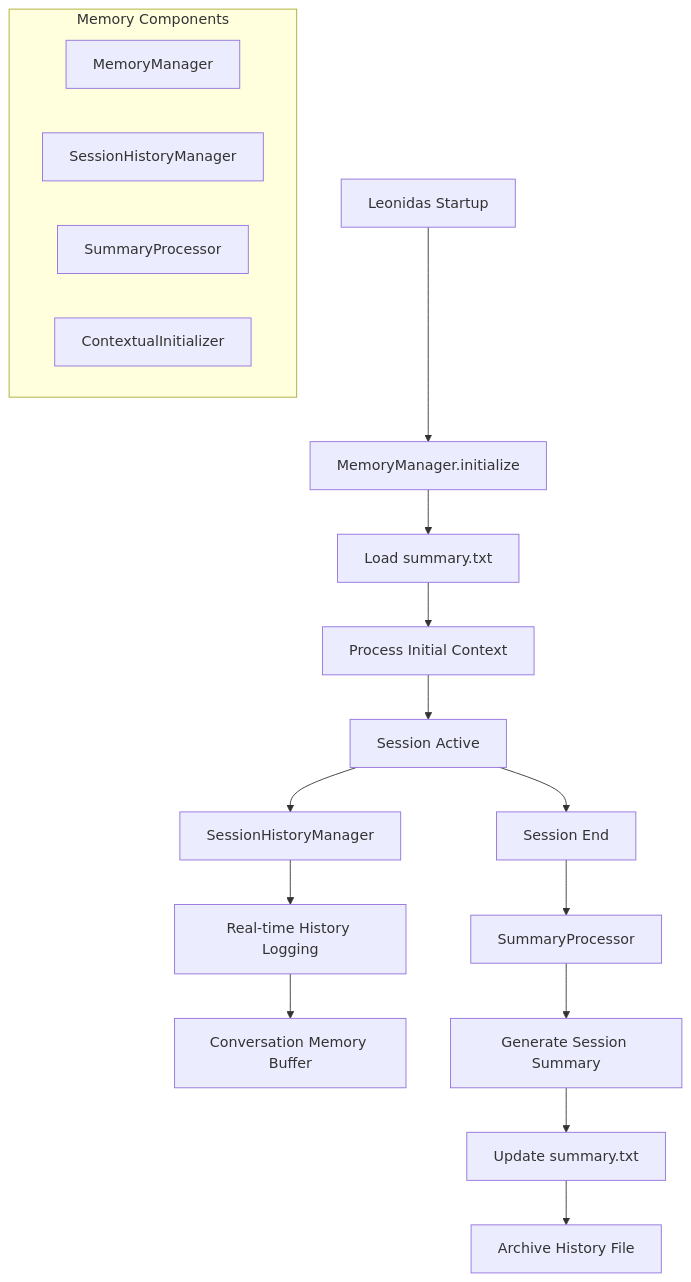
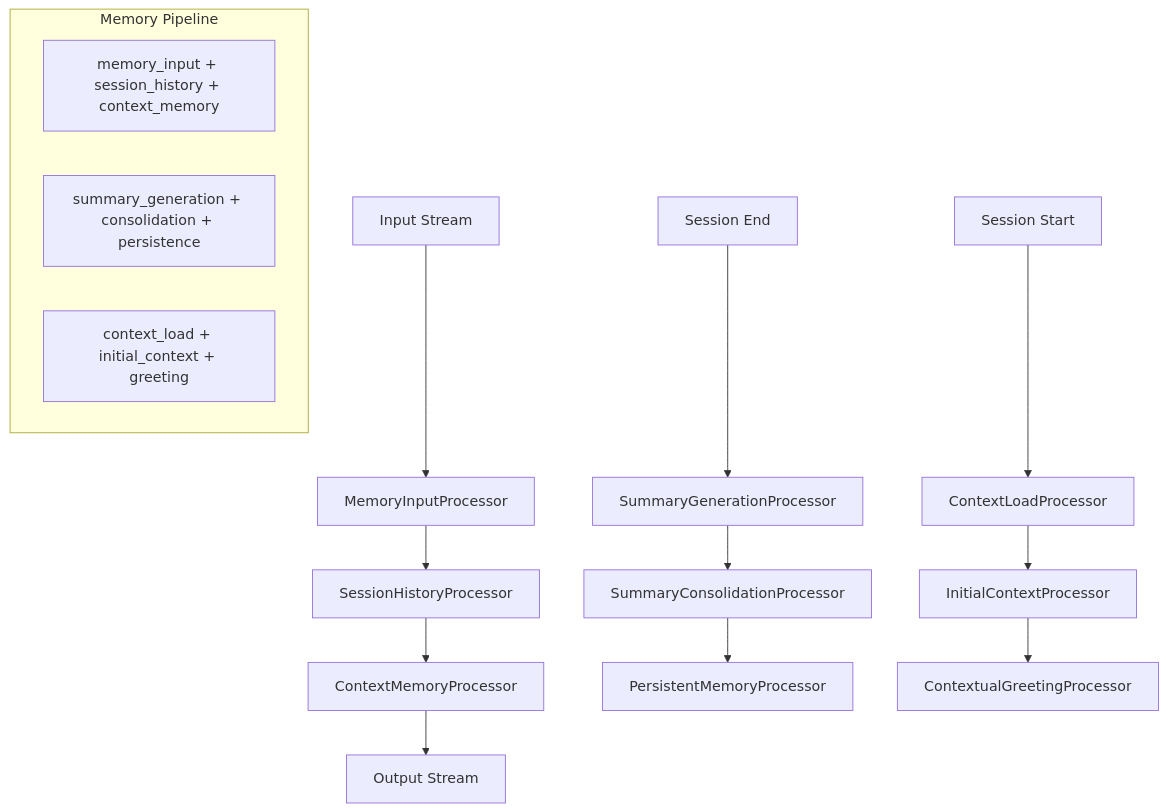
One commit to nonexphere/genai-processors changed the diagram in .kiro/specs/leonidas-memory-system/design.md. Above: the diagram before and after it, drawn with Mermaid. The commit also changed other lines of this file and 8 other files, not shown here.

````diff
--- a/.kiro/specs/leonidas-memory-system/design.md
+++ b/.kiro/specs/leonidas-memory-system/design.md
@@ -11,24 +11,21 @@
 ```mermaid
 graph TB
-    A[Leonidas Startup] --> B[MemoryManager.initialize]
-    B --> C[Load summary.txt]
-    C --> D[Process Initial Context]
-    D --> E[Session Active]
+    A[Input Stream] --> B[MemoryInputProcessor]
+    B --> C[SessionHistoryProcessor]
+    C --> D[ContextMemoryProcessor]
+    D --> E[Output Stream]
     
-    E --> F[SessionHistoryManager]
-    F --> G[Real-time History Logging]
-    G --> H[Conversation Memory Buffer]
+    F[Session End] --> G[SummaryGenerationProcessor]
+    G --> H[SummaryConsolidationProcessor] 
+    H --> I[PersistentMemoryProcessor]
     
-    E --> I[Session End]
-    I --> J[SummaryProcessor]
-    J --> K[Generate Session Summary]
-    K --> L[Update summary.txt]
-    L --> M[Archive History File]
+    J[Session Start] --> K[ContextLoadProcessor]
+    K --> L[InitialContextProcessor]
+    L --> M[ContextualGreetingProcessor]
     
-    subgraph "Memory Components"
-        N[MemoryManager]
-        O[SessionHistoryManager] 
-        P[SummaryProcessor]
-        Q[ContextualInitializer]
+    subgraph "Memory Pipeline"
+        N[memory_input + session_history + context_memory]
+        O[summary_generation + consolidation + persistence]
+        P[context_load + initial_context + greeting]
     end
 ```
````
